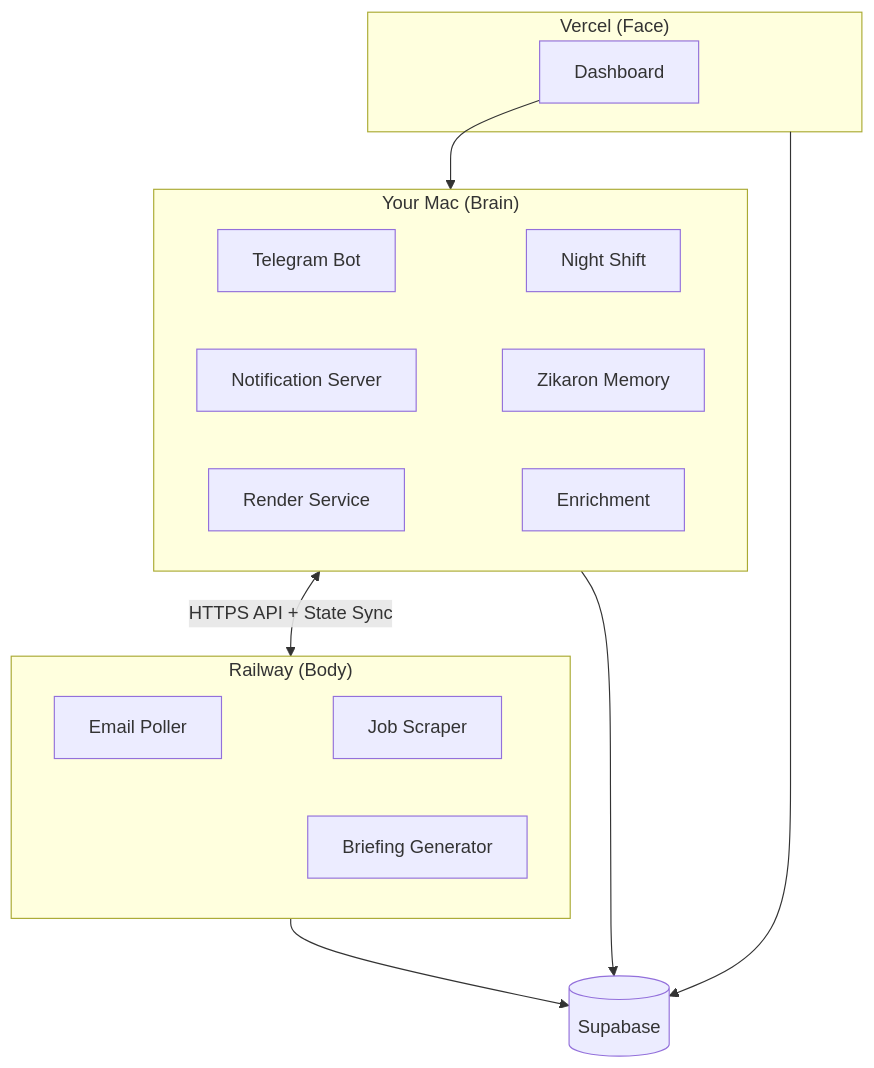
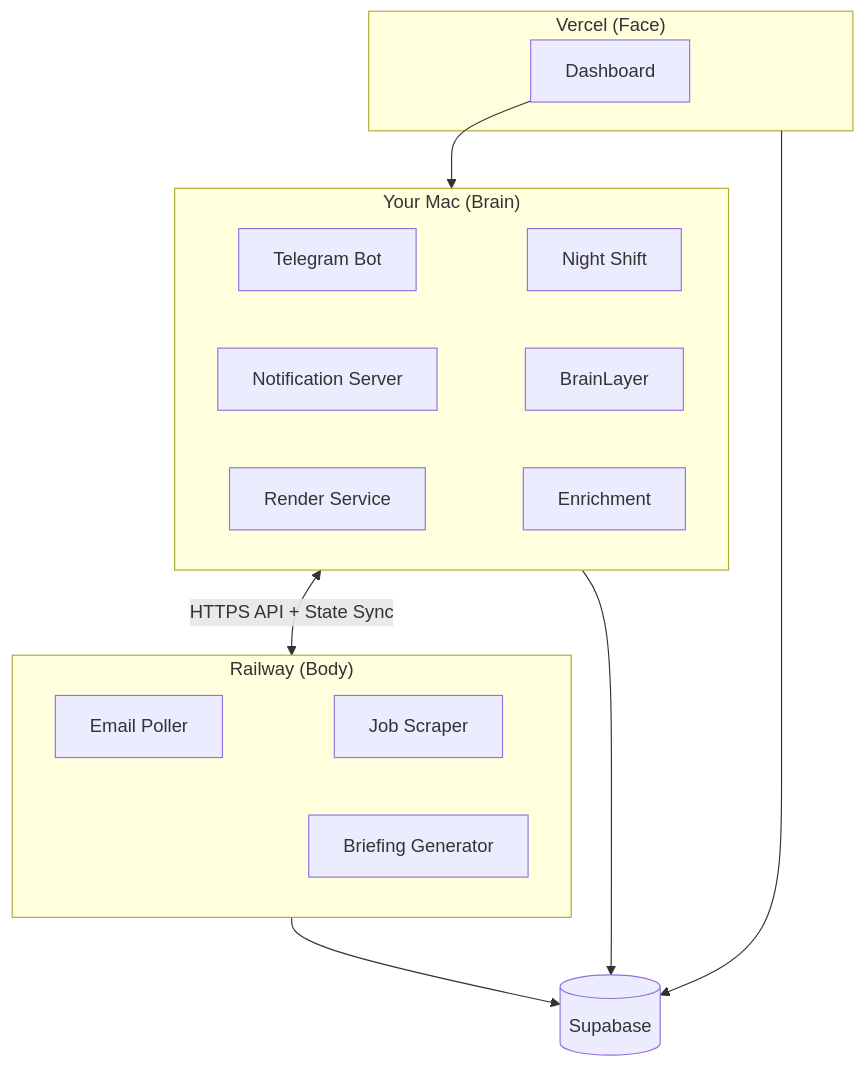
Before and after one commit to EtanHey/etanheyman.com: the first of 10 diagrams in content/golems/llm.md, drawn with Mermaid. The commit also changed other lines of this file and 1 other file, not shown here.

First line of the commit message:
feat: phase 2 — llm.md full zikaron sweep (70+ refs) + SVG update

````diff
--- a/content/golems/llm.md
+++ b/content/golems/llm.md
@@ -36,22 +36,22 @@
 ```mermaid
 flowchart TB
     subgraph mac["Your Mac (Brain)"]
         direction LR
         T[Telegram Bot] ~~~ N[Night Shift]
-        NS[Notification Server] ~~~ Z[Zikaron Memory]
+        NS[Notification Server] ~~~ Z[BrainLayer]
         RS[Render Service] ~~~ EN[Enrichment]
     end
     subgraph rail["Railway (Body)"]
         direction LR
         EP[Email Poller] ~~~ JS[Job Scraper]
         BG[Briefing Generator]
     end
     subgraph vercel["Vercel (Face)"]
         DASH[Dashboard]
     end
     mac <-->|"HTTPS API + State Sync"| rail
     rail --> DB[(Supabase)]
     mac --> DB
     vercel --> DB
     DASH --> mac
 ```
````
